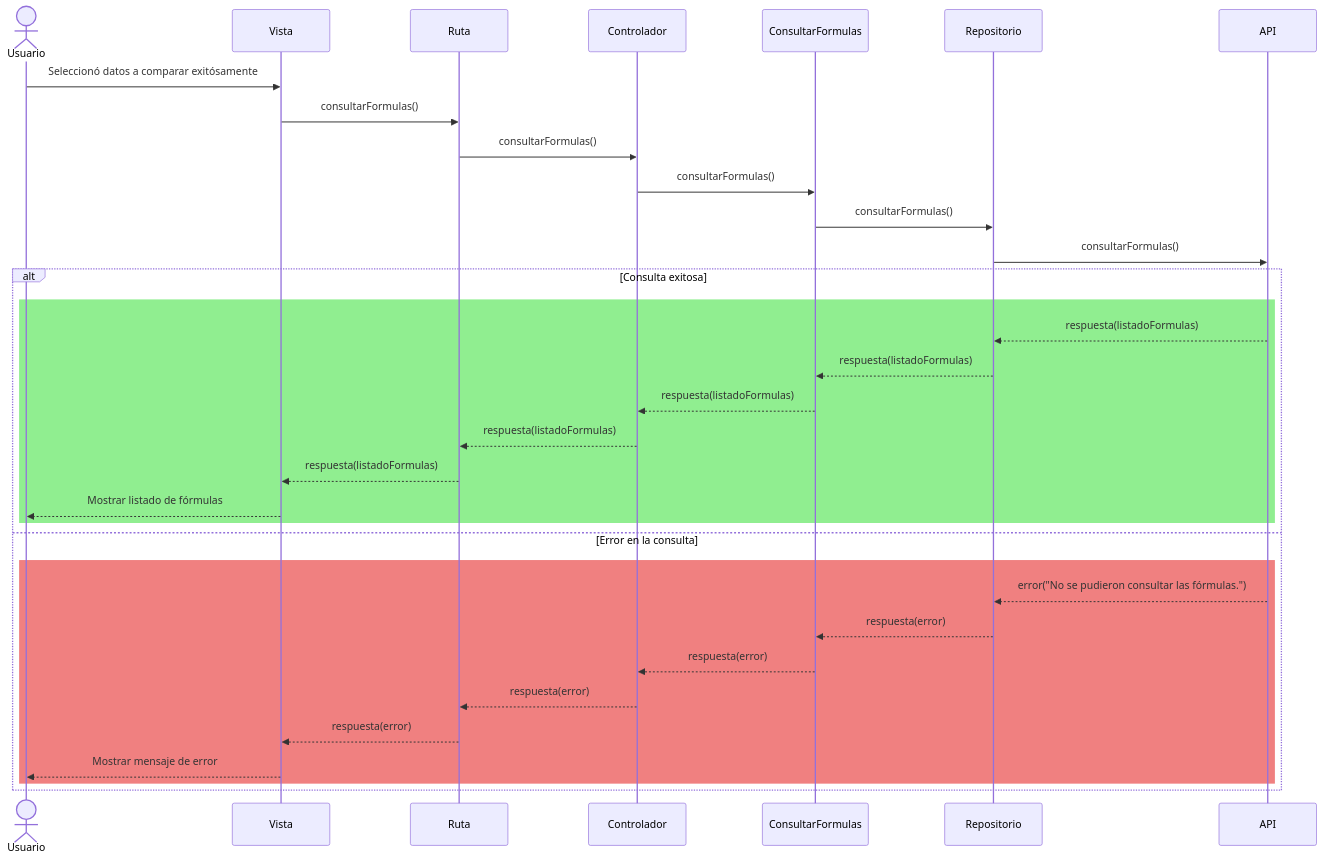
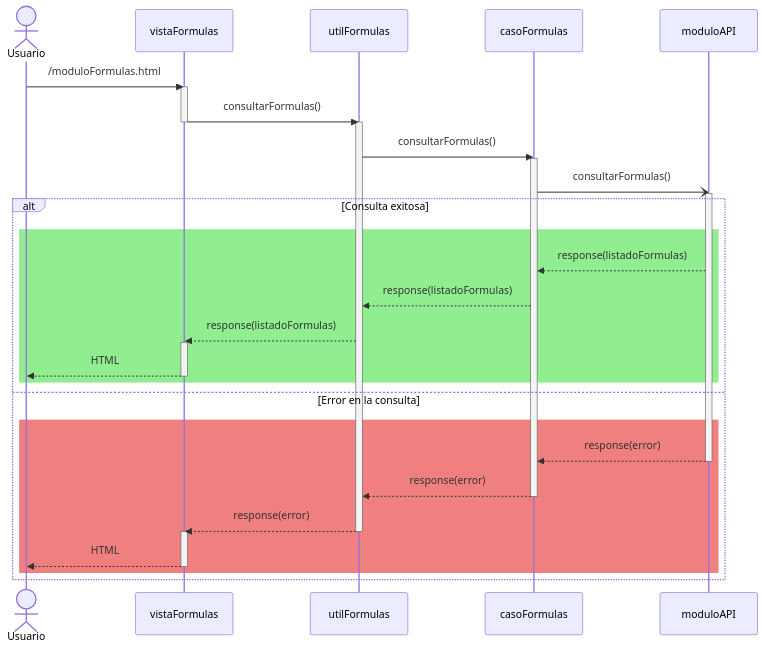
One commit to CodeAnd-Co/Documentacion changed the first of 2 diagrams in documentation/docs/proyectos/tractores/documentacion/requisitos/RF76.md. Above: the diagram before and after it, drawn with Mermaid. The commit also changed other lines of this file and 1 other file, not shown here.

Commit message:
Corregir diagrama RF44 y RF76 a nuevo diagrama

````diff
--- a/documentation/docs/proyectos/tractores/documentacion/requisitos/RF76.md
+++ b/documentation/docs/proyectos/tractores/documentacion/requisitos/RF76.md
@@ -26,38 +26,42 @@
 ```mermaid
 sequenceDiagram
     actor Usuario
-    participant Vista
-    participant Ruta
-    participant Controlador
-    participant ConsultarFormulas
-    participant Repositorio
-    participant API
+    participant vistaFormulas
+    participant utilFormulas
+    participant casoFormulas
+    participant moduloAPI
 
     %% Consulta de fórmulas
-    Usuario ->> Vista: Seleccionó datos a comparar exitósamente
-    Vista ->> Ruta: consultarFormulas()
-    Ruta ->> Controlador: consultarFormulas()
-    Controlador ->> ConsultarFormulas: consultarFormulas()
-    ConsultarFormulas ->> Repositorio: consultarFormulas()
-    Repositorio ->> API: consultarFormulas()
+    Usuario ->> vistaFormulas: /moduloFormulas.html
+    activate vistaFormulas
+    vistaFormulas ->> utilFormulas: consultarFormulas()
+    deactivate vistaFormulas
+    activate utilFormulas
+    utilFormulas ->> casoFormulas: consultarFormulas()
+    activate casoFormulas
+    casoFormulas -) moduloAPI: consultarFormulas()
+    activate moduloAPI
     alt Consulta exitosa
         rect Lightgreen
-        API -->> Repositorio: respuesta(listadoFormulas)
-        Repositorio -->> ConsultarFormulas: respuesta(listadoFormulas)
-        ConsultarFormulas -->> Controlador: respuesta(listadoFormulas)
-        Controlador -->> Ruta: respuesta(listadoFormulas)
-        Ruta -->> Vista: respuesta(listadoFormulas)
-        Vista -->> Usuario: Mostrar listado de fórmulas
+        moduloAPI -->> casoFormulas: response(listadoFormulas)
+        casoFormulas -->> utilFormulas: response(listadoFormulas)
+        utilFormulas -->> vistaFormulas: response(listadoFormulas)
+        activate vistaFormulas
+        vistaFormulas -->> Usuario: HTML
+        deactivate vistaFormulas
         end
     else Error en la consulta
         rect Lightcoral
-        API -->> Repositorio: error("No se pudieron consultar las fórmulas.")
-        Repositorio -->> ConsultarFormulas: respuesta(error)
-        ConsultarFormulas -->> Controlador: respuesta(error)
-        Controlador -->> Ruta: respuesta(error)
-        Ruta -->> Vista: respuesta(error)
-        Vista -->> Usuario: Mostrar mensaje de error
+        moduloAPI -->> casoFormulas: response(error)
+        deactivate moduloAPI
+        casoFormulas -->> utilFormulas: response(error)
+        deactivate casoFormulas
+        utilFormulas -->> vistaFormulas: response(error)
+        deactivate utilFormulas
+        activate vistaFormulas
+        vistaFormulas -->> Usuario: HTML
+        deactivate vistaFormulas
         end
     end
 
 ```
````
